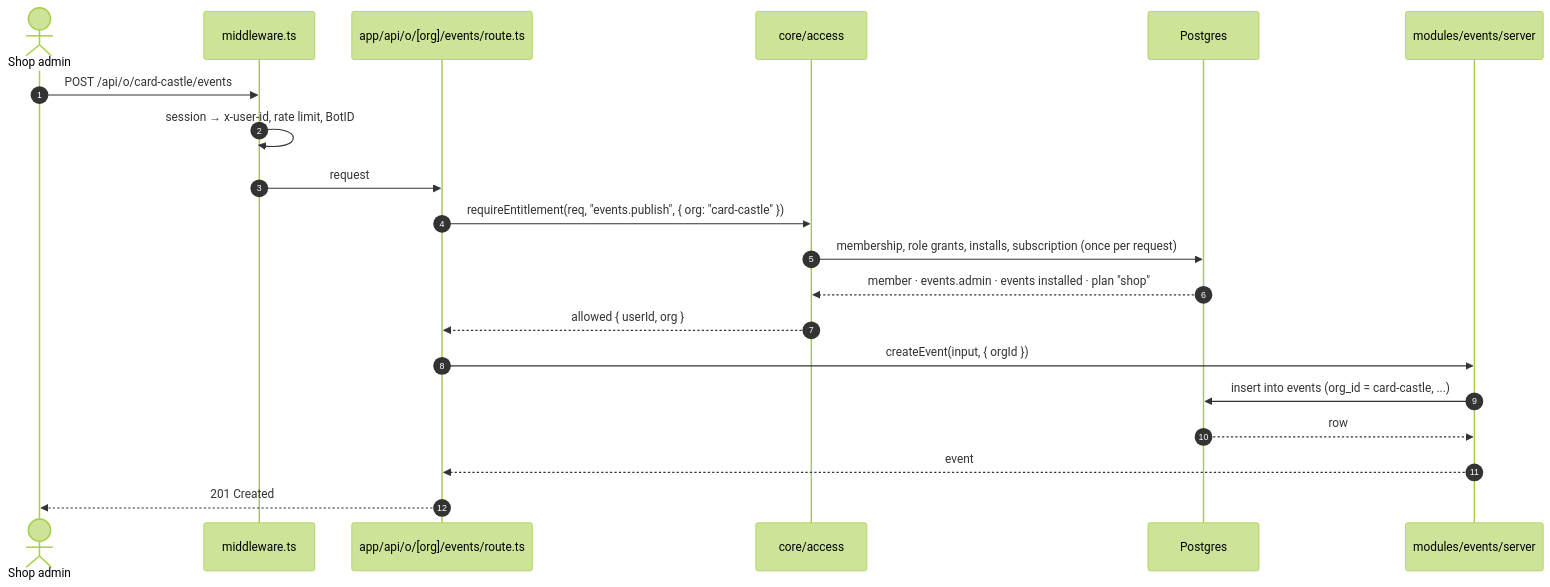
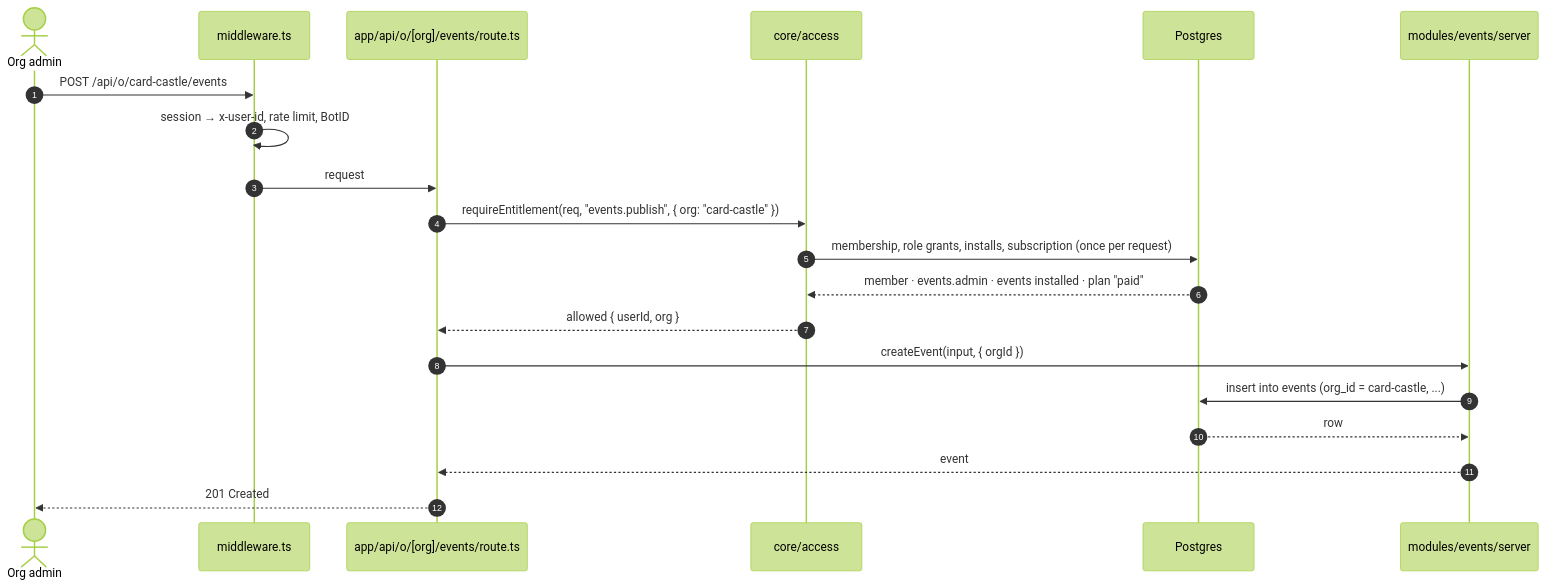
One commit to riechert-arthur/pokefindr changed the seventh of 9 diagrams in docs/architecture.md. Above: the diagram before and after it, drawn with Mermaid (forest theme). The commit also changed other lines of this file, not shown here.

First line of the commit message:
Architecture: organizations can be anyone; plans bundle modules

````diff
--- a/docs/architecture.md
+++ b/docs/architecture.md
@@ -435,23 +434,23 @@
 ```mermaid
 sequenceDiagram
   autonumber
-  actor M as Shop admin
+  actor M as Org admin
   participant MW as middleware.ts
   participant R as app/api/o/[org]/events/route.ts
   participant A as core/access
   participant DB as Postgres
   participant E as modules/events/server
 
   M->>MW: POST /api/o/card-castle/events
   MW->>MW: session → x-user-id, rate limit, BotID
   MW->>R: request
   R->>A: requireEntitlement(req, "events.publish", { org: "card-castle" })
   A->>DB: membership, role grants, installs, subscription (once per request)
-  DB-->>A: member · events.admin · events installed · plan "shop"
+  DB-->>A: member · events.admin · events installed · plan "paid"
   A-->>R: allowed { userId, org }
   R->>E: createEvent(input, { orgId })
   E->>DB: insert into events (org_id = card-castle, ...)
   DB-->>E: row
   E-->>R: event
   R-->>M: 201 Created
 ```
````
